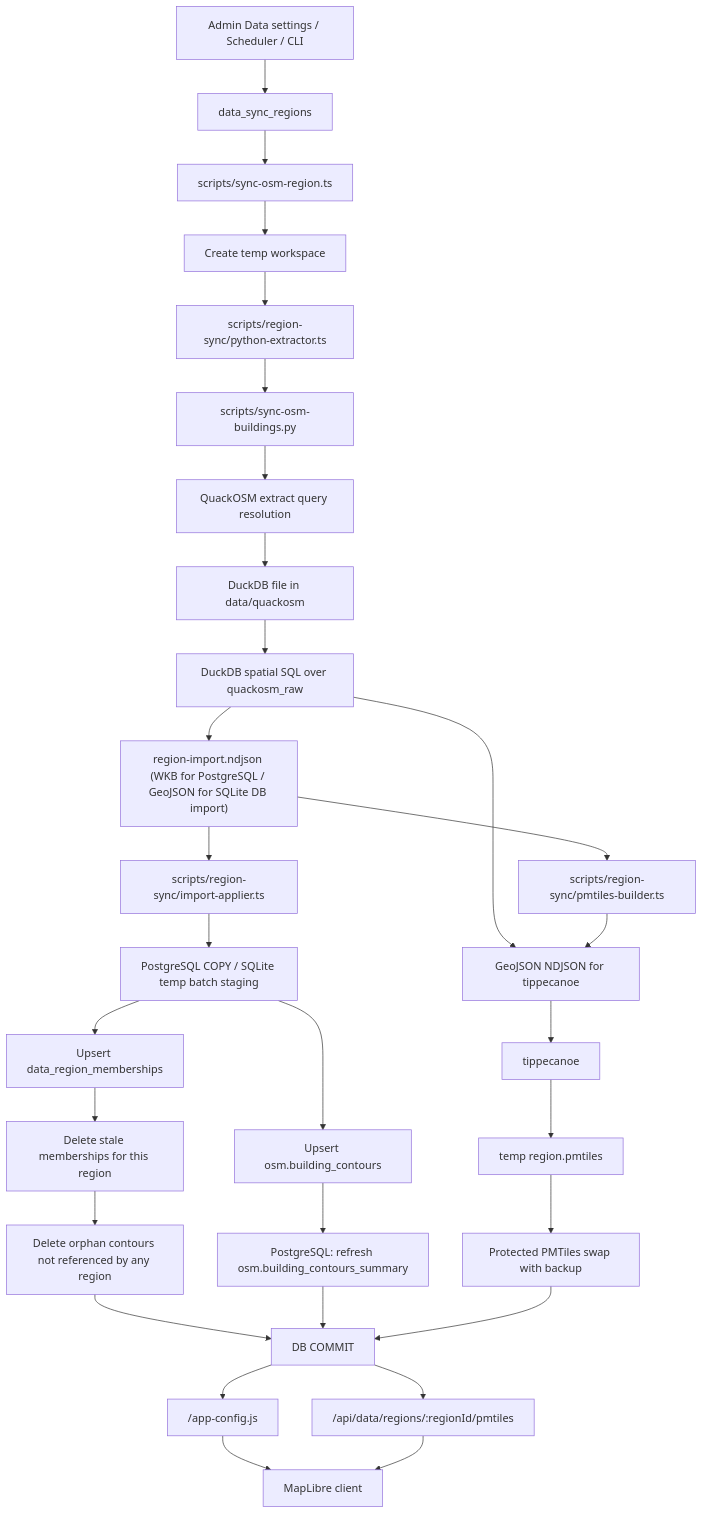
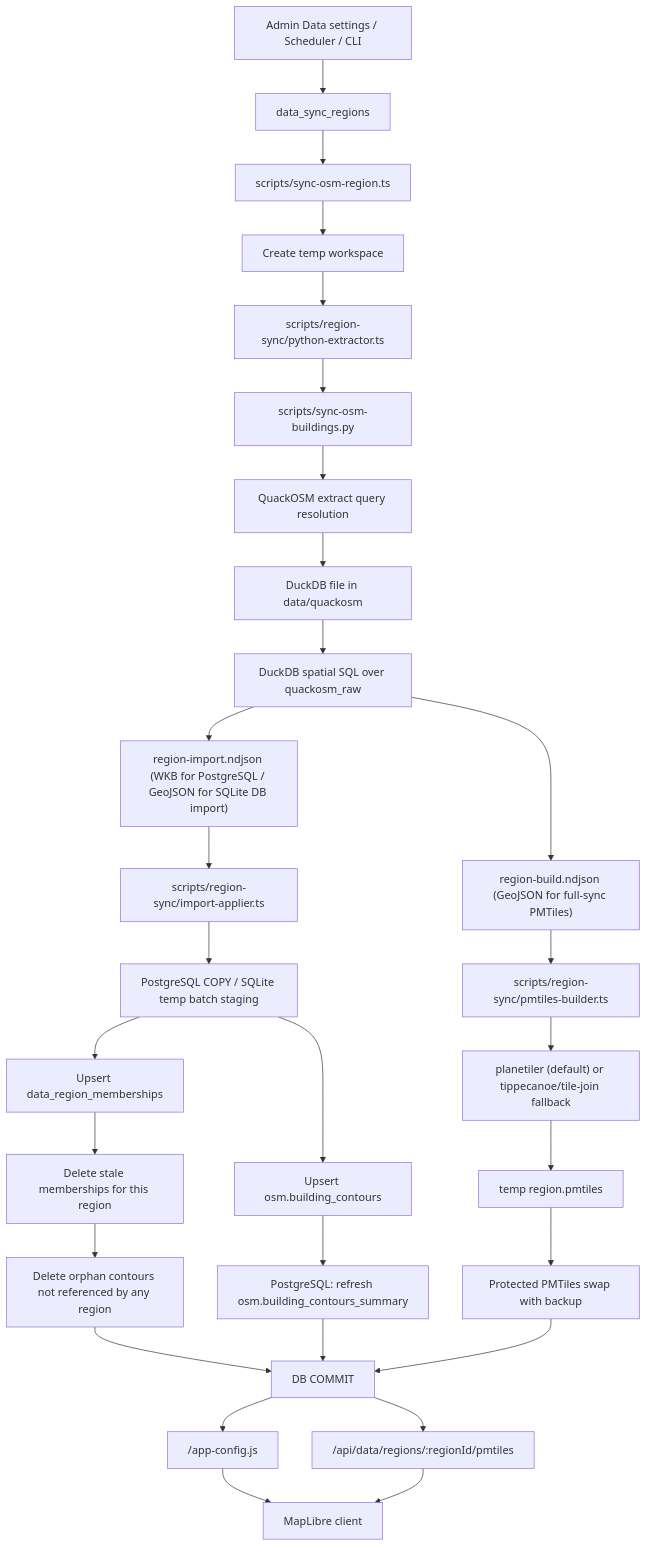
Before and after one commit to streletskiy/archimap: the diagram in docs/osm-import-pipeline.md, drawn with Mermaid. The commit also changed other lines of this file and 18 other files, not shown here.

Commit message:
feat: planetiler for pmtiles generation

````diff
--- a/docs/osm-import-pipeline.md
+++ b/docs/osm-import-pipeline.md
@@ -114,32 +115,31 @@
 ```mermaid
 flowchart TD
   A["Admin Data settings / Scheduler / CLI"] --> B["data_sync_regions"]
   B --> C["scripts/sync-osm-region.ts"]
   C --> D["Create temp workspace"]
   D --> E["scripts/region-sync/python-extractor.ts"]
   E --> F["scripts/sync-osm-buildings.py"]
   F --> G["QuackOSM extract query resolution"]
   G --> H["DuckDB file in data/quackosm"]
   H --> I["DuckDB spatial SQL over quackosm_raw"]
   I --> J["region-import.ndjson (WKB for PostgreSQL / GeoJSON for SQLite DB import)"]
-  I --> L["region-build.ndjson (GeoJSON for full-sync PMTiles)"]
-  J --> K["scripts/region-sync/pmtiles-builder.ts"]
-  K --> L["GeoJSON NDJSON for tippecanoe"]
-  L --> M["tippecanoe"]
+  I --> K["region-build.ndjson (GeoJSON for full-sync PMTiles)"]
+  K --> L["scripts/region-sync/pmtiles-builder.ts"]
+  L --> M["planetiler (default) or tippecanoe/tile-join fallback"]
   M --> N["temp region.pmtiles"]
   J --> O["scripts/region-sync/import-applier.ts"]
   O --> P["PostgreSQL COPY / SQLite temp batch staging"]
   P --> Q["Upsert osm.building_contours"]
   P --> R["Upsert data_region_memberships"]
   R --> S["Delete stale memberships for this region"]
   S --> T["Delete orphan contours not referenced by any region"]
   Q --> U["PostgreSQL: refresh osm.building_contours_summary"]
   N --> V["Protected PMTiles swap with backup"]
   T --> W[DB COMMIT]
   U --> W
   V --> W
   W --> X["/app-config.js"]
   W --> Y["/api/data/regions/:regionId/pmtiles"]
   X --> Z["MapLibre client"]
   Y --> Z
 ```
````
